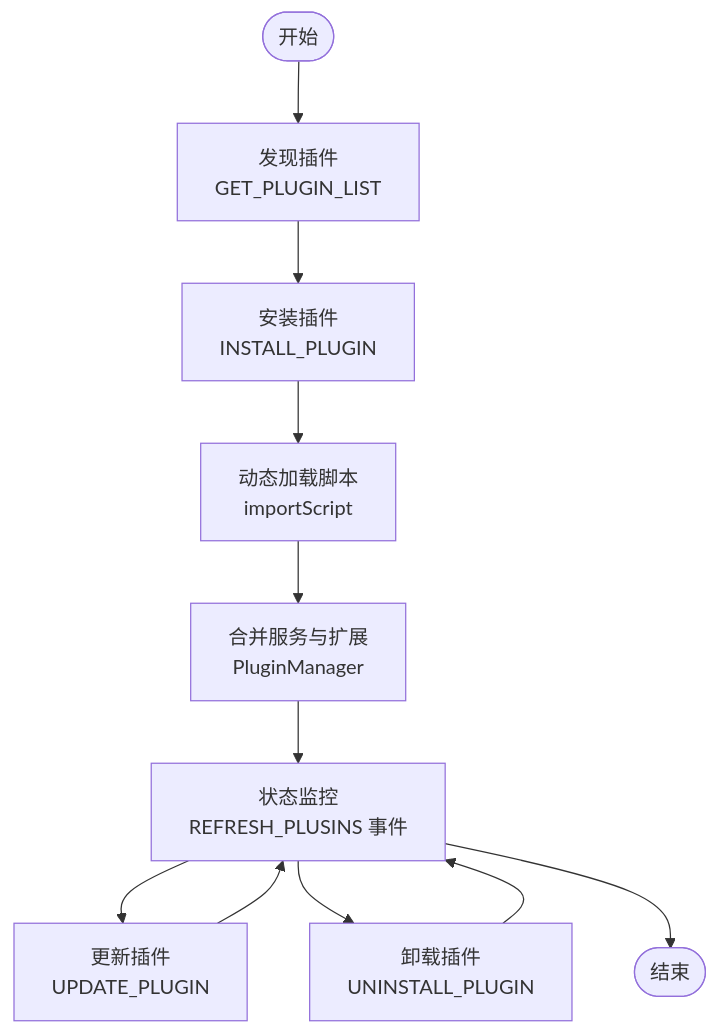
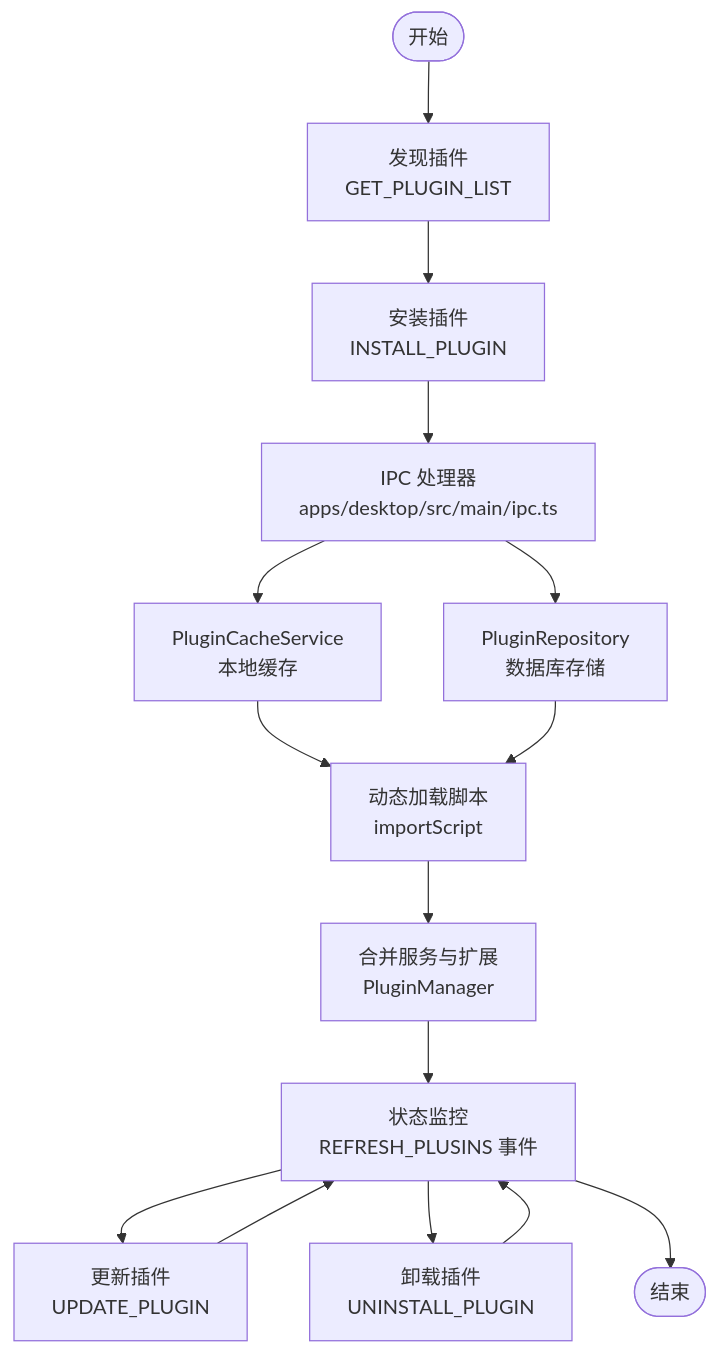
One commit to LRF0422/Kotion changed the sixth of 7 diagrams in .qoder/repowiki/zh/content/API参考/插件管理API.md. Above: the diagram before and after it, drawn with Mermaid. The commit also changed other lines of this file and 75 other files, not shown here.

````diff
--- a/.qoder/repowiki/zh/content/API参考/插件管理API.md
+++ b/.qoder/repowiki/zh/content/API参考/插件管理API.md
@@ -312,13 +410,17 @@
 ```mermaid
 flowchart TD
 Start(["开始"]) --> Discover["发现插件<br/>GET_PLUGIN_LIST"]
 Discover --> Install["安装插件<br/>INSTALL_PLUGIN"]
-Install --> Load["动态加载脚本<br/>importScript"]
+Install --> IPC["IPC 处理器<br/>apps/desktop/src/main/ipc.ts"]
+IPC --> Cache["PluginCacheService<br/>本地缓存"]
+IPC --> Repo["PluginRepository<br/>数据库存储"]
+Cache --> Load["动态加载脚本<br/>importScript"]
+Repo --> Load
 Load --> Merge["合并服务与扩展<br/>PluginManager"]
 Merge --> Monitor["状态监控<br/>REFRESH_PLUSINS 事件"]
 Monitor --> Update["更新插件<br/>UPDATE_PLUGIN"]
 Monitor --> Uninstall["卸载插件<br/>UNINSTALL_PLUGIN"]
 Update --> Monitor
 Uninstall --> Monitor
 Monitor --> End(["结束"])
 ```
````
